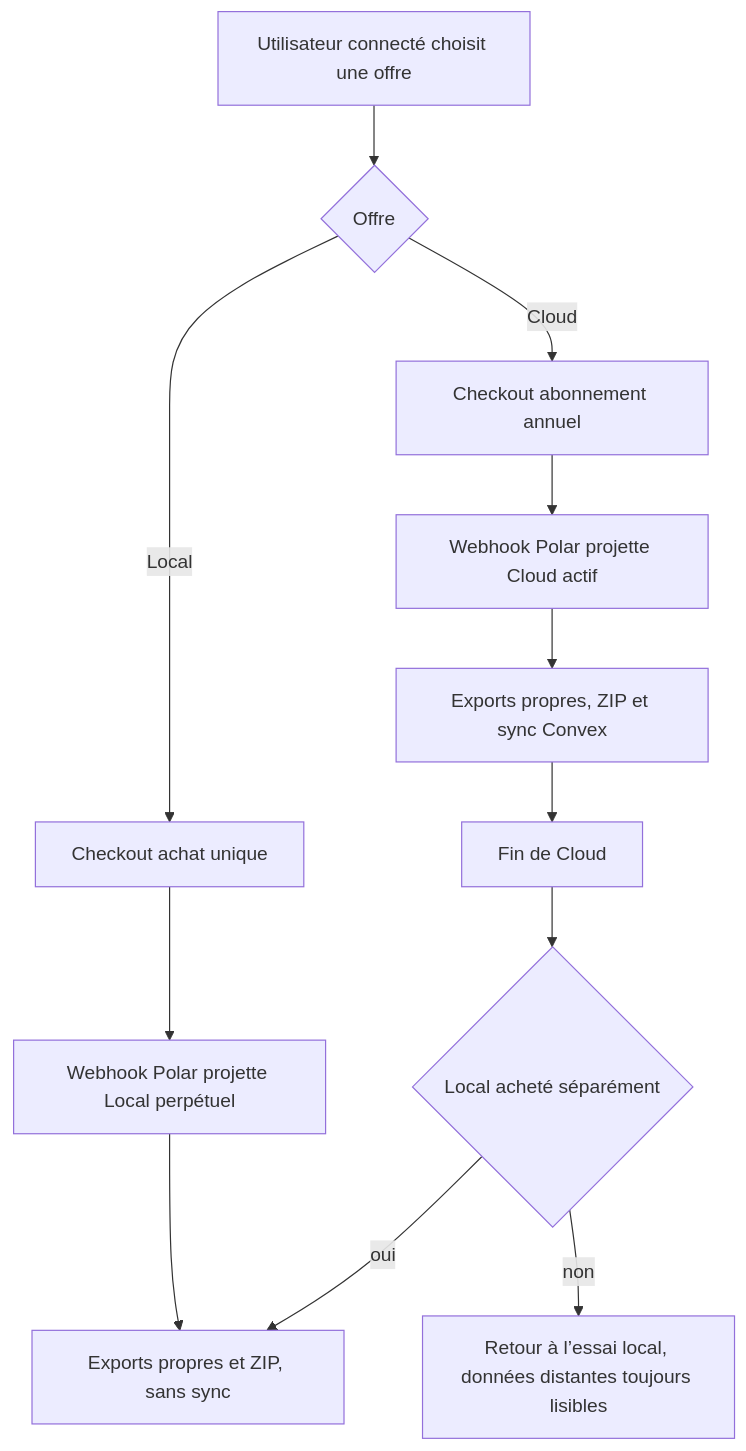
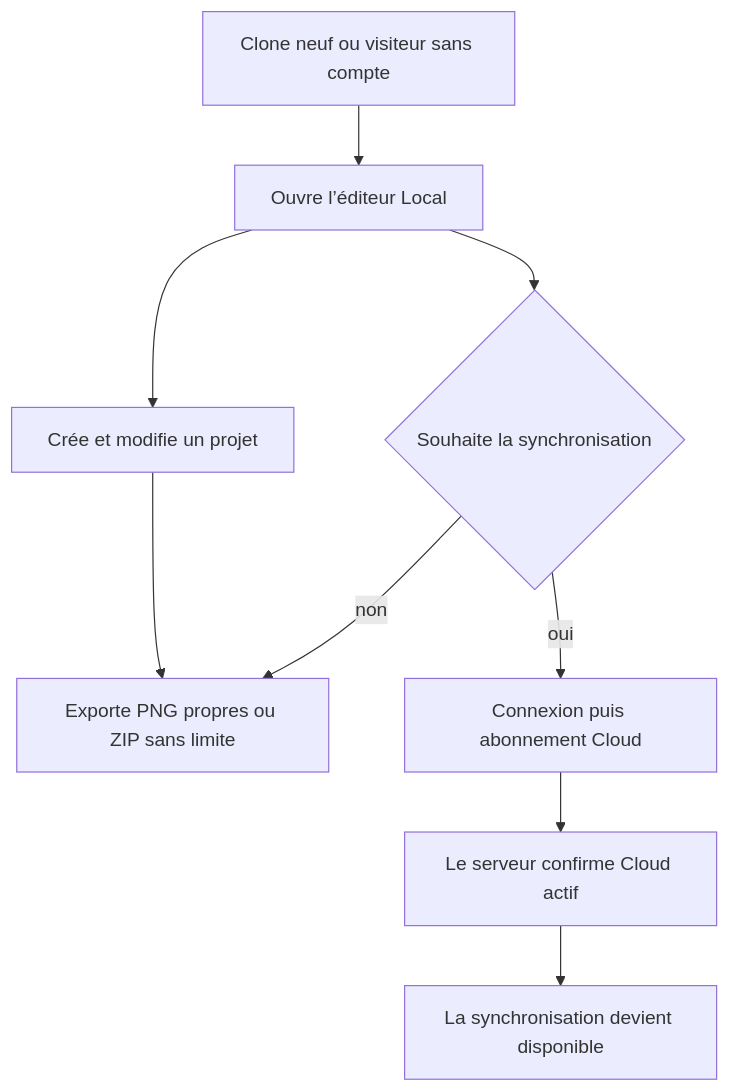
The first of 2 diagrams in aidd_docs/tasks/2026_08/2026_08_15_local-cloud-plans/phase-1.md (neogenz/screenforge), drawn with Mermaid before and after one commit. The commit also changed other lines of this file and 60 other files, not shown here.

Commit message:
feat: make Local free and Cloud-only

````diff
--- a/aidd_docs/tasks/2026_08/2026_08_15_local-cloud-plans/phase-1.md
+++ b/aidd_docs/tasks/2026_08/2026_08_15_local-cloud-plans/phase-1.md
@@ -37,14 +47,11 @@
 ```mermaid
 flowchart TD
-  A[Utilisateur connecté choisit une offre] --> B{Offre}
-  B -->|Local| C[Checkout achat unique]
-  B -->|Cloud| D[Checkout abonnement annuel]
-  C --> E[Webhook Polar projette Local perpétuel]
-  D --> F[Webhook Polar projette Cloud actif]
-  E --> G[Exports propres et ZIP, sans sync]
-  F --> H[Exports propres, ZIP et sync Convex]
-  H --> I[Fin de Cloud]
-  I --> J{Local acheté séparément}
-  J -->|oui| G
-  J -->|non| K[Retour à l’essai local, données distantes toujours lisibles]
+  A[Clone neuf ou visiteur sans compte] --> B[Ouvre l’éditeur Local]
+  B --> C[Crée et modifie un projet]
+  C --> D[Exporte PNG propres ou ZIP sans limite]
+  B --> E{Souhaite la synchronisation}
+  E -->|non| D
+  E -->|oui| F[Connexion puis abonnement Cloud]
+  F --> G[Le serveur confirme Cloud actif]
+  G --> H[La synchronisation devient disponible]
 ```
````
